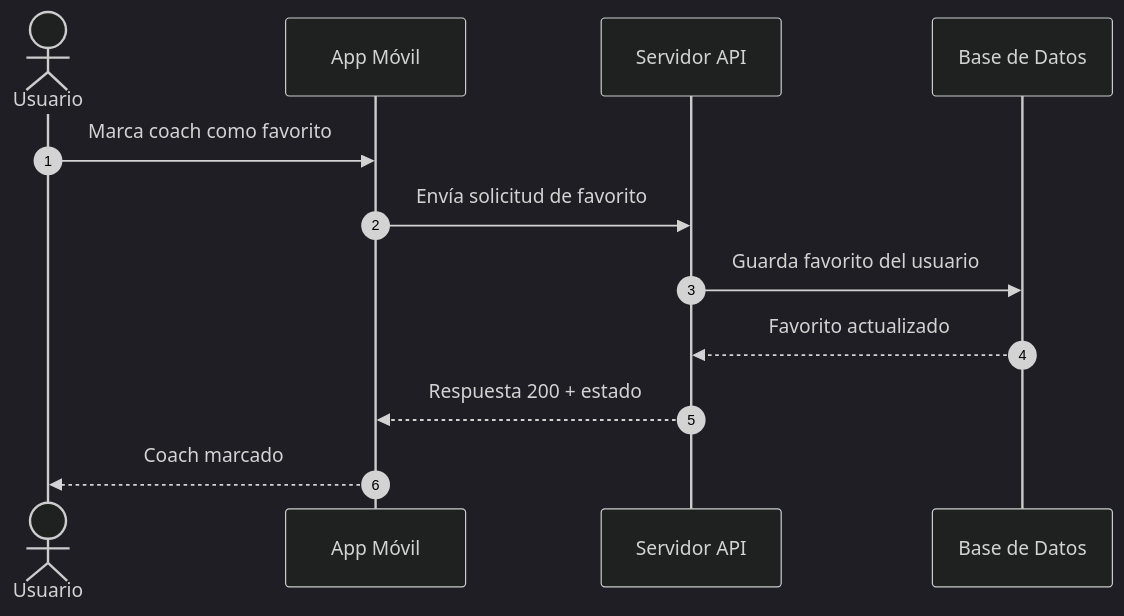
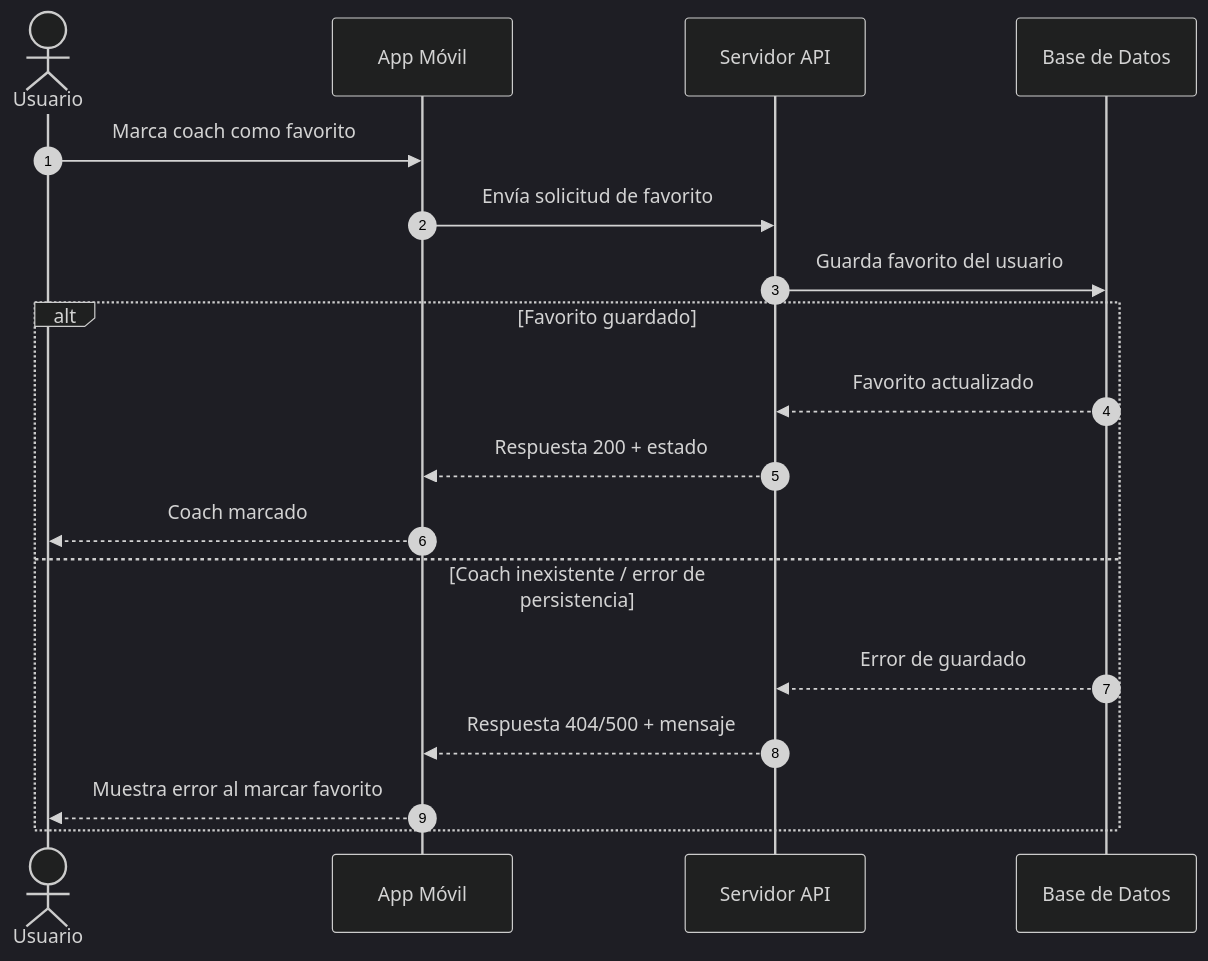
Before and after one commit to asobrados03/HumanPerformApp: the tenth of 12 diagrams in docs/SEQUENCE_DIAGRAMS.md, drawn with Mermaid (dark theme). The commit also changed other lines of this file, not shown here.

Commit message:
docs: agrega unhappy paths en diagramas de secuencia

````diff
--- a/docs/SEQUENCE_DIAGRAMS.md
+++ b/docs/SEQUENCE_DIAGRAMS.md
@@ -171,15 +225,21 @@
 ```mermaid
 sequenceDiagram
     autonumber
     actor U as Usuario
     participant APP as App Móvil
     participant API as Servidor API
     participant DB as Base de Datos
 
     U->>APP: Marca coach como favorito
     APP->>API: Envía solicitud de favorito
     API->>DB: Guarda favorito del usuario
-    DB-->>API: Favorito actualizado
-    API-->>APP: Respuesta 200 + estado
-    APP-->>U: Coach marcado
+    alt Favorito guardado
+        DB-->>API: Favorito actualizado
+        API-->>APP: Respuesta 200 + estado
+        APP-->>U: Coach marcado
+    else Coach inexistente / error de persistencia
+        DB-->>API: Error de guardado
+        API-->>APP: Respuesta 404/500 + mensaje
+        APP-->>U: Muestra error al marcar favorito
+    end
 ```
````
